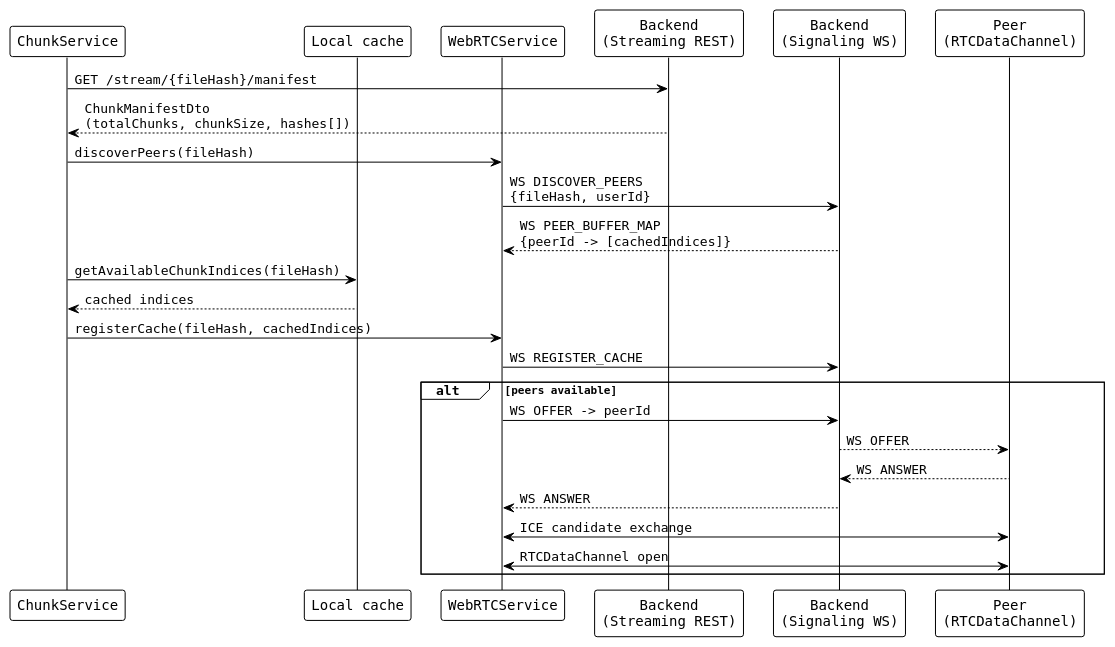
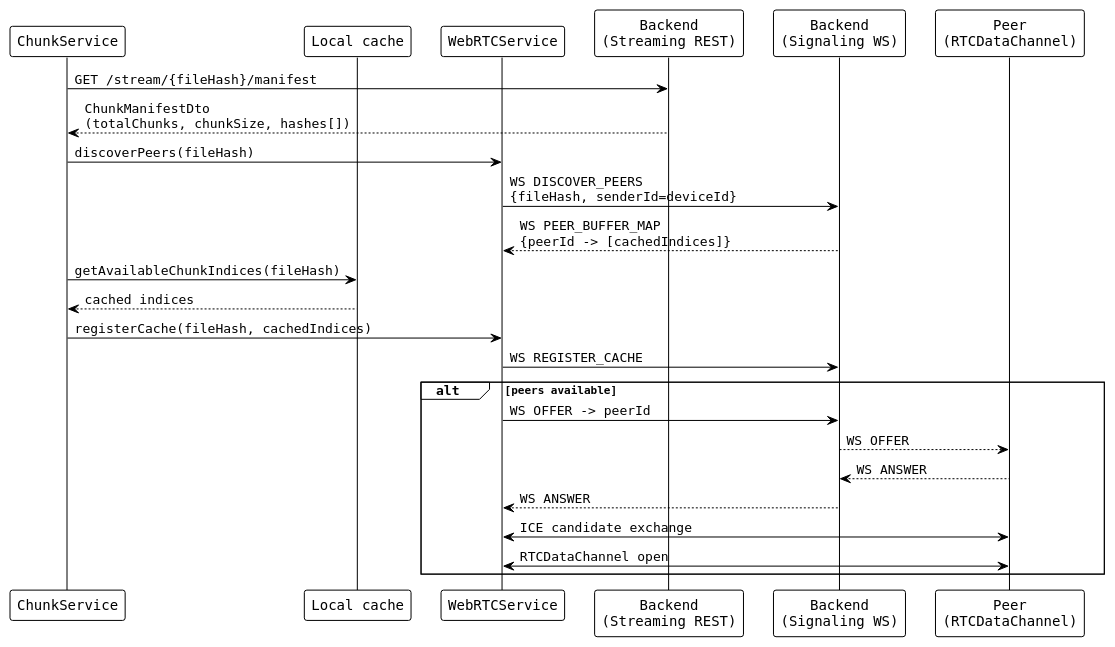
The diagram in diagrams/flow_press_play_discovery.puml (SDarius22/music-player-project), drawn with PlantUML before and after one commit. The commit also changed 11 other files, not shown here.

Commit message:
flows and stuff

```diff
--- a/diagrams/flow_press_play_discovery.puml
+++ b/diagrams/flow_press_play_discovery.puml
@@ -1,33 +1,33 @@
 @startuml flow_press_play_discovery
 !theme plain
 skinparam defaultFontName monospaced
 
 participant "ChunkService" as chunkSvc
 participant "Local cache" as cache
 participant "WebRTCService" as webrtc
 participant "Backend\n(Streaming REST)" as streamServer
 participant "Backend\n(Signaling WS)" as sigServer
 participant "Peer\n(RTCDataChannel)" as peer
 
 chunkSvc -> streamServer: GET /stream/{fileHash}/manifest
 streamServer --> chunkSvc: ChunkManifestDto\n(totalChunks, chunkSize, hashes[])
 
 chunkSvc -> webrtc: discoverPeers(fileHash)
-webrtc -> sigServer: WS DISCOVER_PEERS\n{fileHash, userId}
+webrtc -> sigServer: WS DISCOVER_PEERS\n{fileHash, senderId=deviceId}
 sigServer --> webrtc: WS PEER_BUFFER_MAP\n{peerId -> [cachedIndices]}
 
 chunkSvc -> cache: getAvailableChunkIndices(fileHash)
 cache --> chunkSvc: cached indices
 chunkSvc -> webrtc: registerCache(fileHash, cachedIndices)
 webrtc -> sigServer: WS REGISTER_CACHE
 
 alt peers available
   webrtc -> sigServer: WS OFFER -> peerId
   sigServer --> peer: WS OFFER
   peer --> sigServer: WS ANSWER
   sigServer --> webrtc: WS ANSWER
   webrtc <-> peer: ICE candidate exchange
   webrtc <-> peer: RTCDataChannel open
 end
 
 @enduml
```
